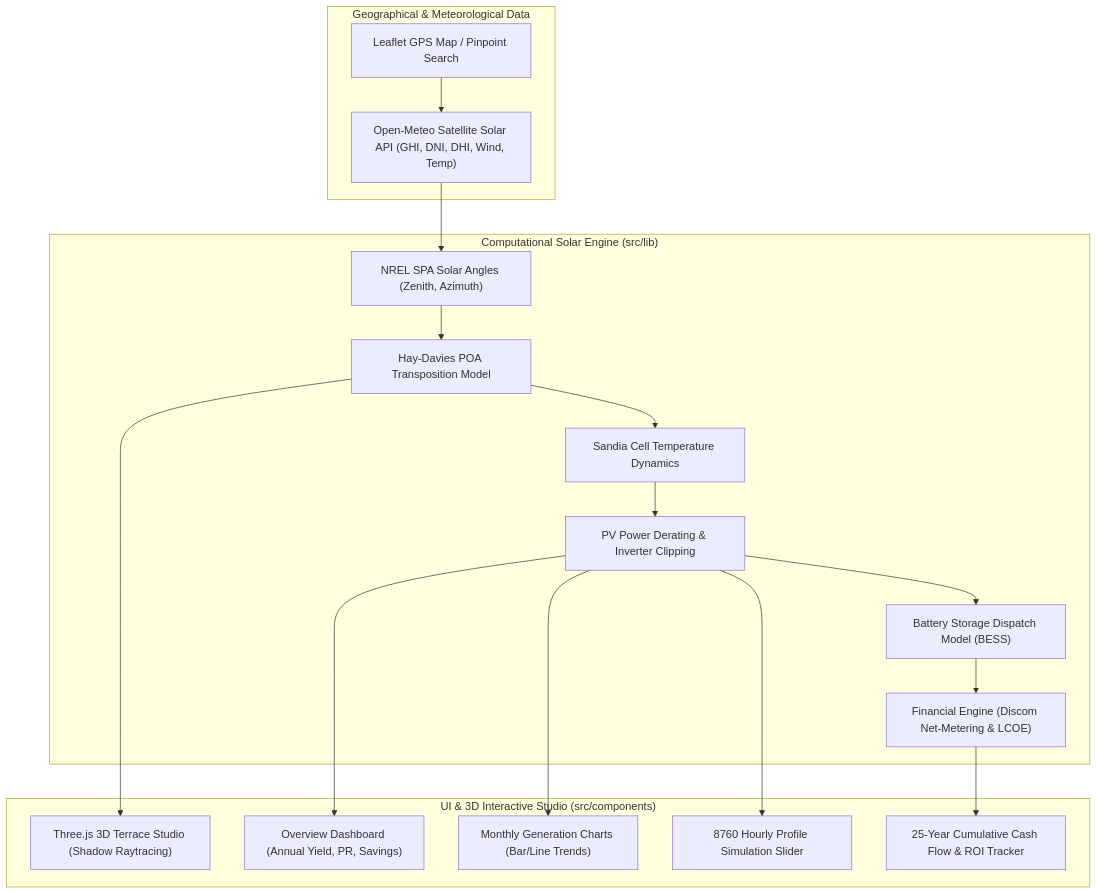
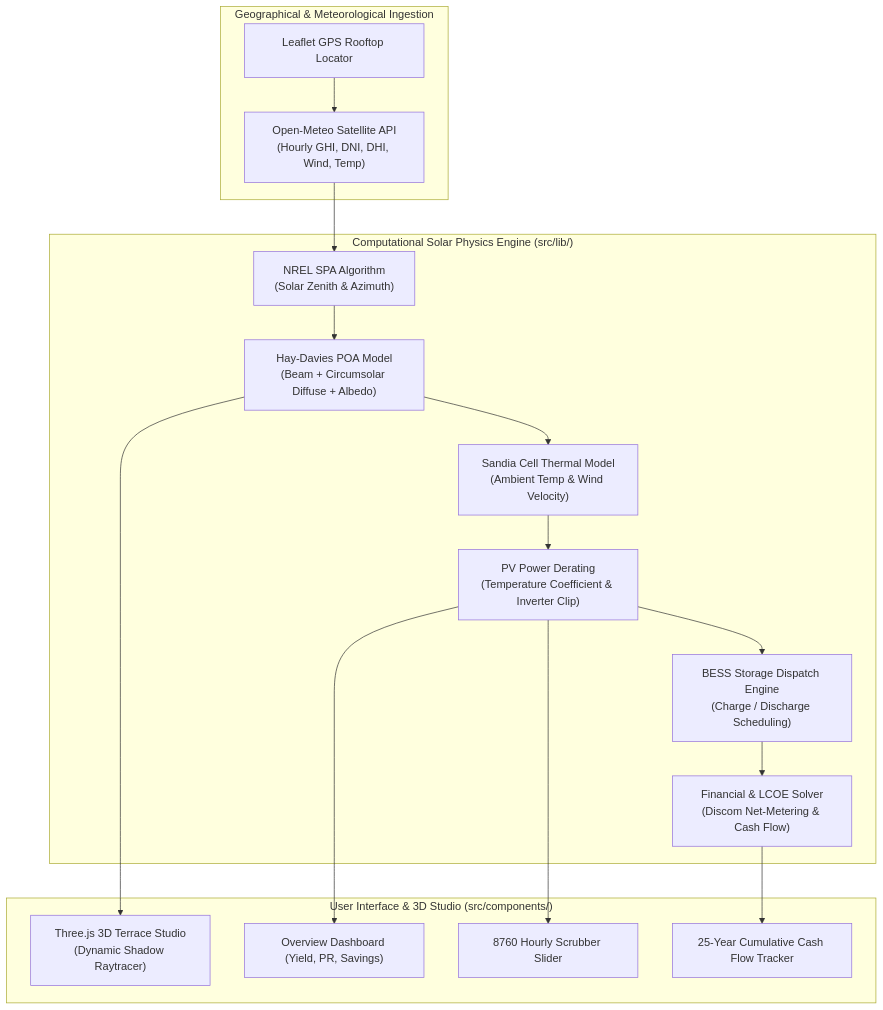
One commit to Hitesh070/Solar-Power-System-Simulator changed the first of 2 diagrams in README.md. Above: the diagram before and after it, drawn with Mermaid. The commit also changed other lines of this file, not shown here.

````diff
--- a/README.md
+++ b/README.md
@@ -44,38 +98,36 @@
 ```mermaid
 flowchart TD
-    subgraph LocationWeather ["Geographical & Meteorological Data"]
-        Map["Leaflet GPS Map / Pinpoint Search"]
-        API["Open-Meteo Satellite Solar API (GHI, DNI, DHI, Wind, Temp)"]
+    subgraph GeoWeather ["Geographical & Meteorological Ingestion"]
+        Map["Leaflet GPS Rooftop Locator"]
+        API["Open-Meteo Satellite API\n(Hourly GHI, DNI, DHI, Wind, Temp)"]
     end
 
-    subgraph PhysicsEngine ["Computational Solar Engine (src/lib)"]
-        SPA["NREL SPA Solar Angles (Zenith, Azimuth)"]
-        HayDavies["Hay-Davies POA Transposition Model"]
-        Sandia["Sandia Cell Temperature Dynamics"]
-        Derate["PV Power Derating & Inverter Clipping"]
-        Battery["Battery Storage Dispatch Model (BESS)"]
-        Finance["Financial Engine (Discom Net-Metering & LCOE)"]
+    subgraph PhysicsCore ["Computational Solar Physics Engine (src/lib/)"]
+        SPA["NREL SPA Algorithm\n(Solar Zenith & Azimuth)"]
+        HayDavies["Hay-Davies POA Model\n(Beam + Circumsolar Diffuse + Albedo)"]
+        Sandia["Sandia Cell Thermal Model\n(Ambient Temp & Wind Velocity)"]
+        Derate["PV Power Derating\n(Temperature Coefficient & Inverter Clip)"]
+        Battery["BESS Storage Dispatch Engine\n(Charge / Discharge Scheduling)"]
+        Finance["Financial & LCOE Solver\n(Discom Net-Metering & Cash Flow)"]
     end
 
-    subgraph Visualization ["UI & 3D Interactive Studio (src/components)"]
-        Scene3D["Three.js 3D Terrace Studio (Shadow Raytracing)"]
-        Overview["Overview Dashboard (Annual Yield, PR, Savings)"]
-        Monthly["Monthly Generation Charts (Bar/Line Trends)"]
-        Hourly["8760 Hourly Profile Simulation Slider"]
-        FinancialTab["25-Year Cumulative Cash Flow & ROI Tracker"]
+    subgraph UI ["User Interface & 3D Studio (src/components/)"]
+        Scene3D["Three.js 3D Terrace Studio\n(Dynamic Shadow Raytracer)"]
+        Overview["Overview Dashboard (Yield, PR, Savings)"]
+        Hourly["8760 Hourly Scrubber Slider"]
+        Financials["25-Year Cumulative Cash Flow Tracker"]
     end
 
     Map --> API
     API --> SPA
     SPA --> HayDavies
     HayDavies --> Sandia
     Sandia --> Derate
     Derate --> Battery
     Battery --> Finance
 
     HayDavies --> Scene3D
     Derate --> Overview
-    Derate --> Monthly
     Derate --> Hourly
-    Finance --> FinancialTab
+    Finance --> Financials
 ```
````
